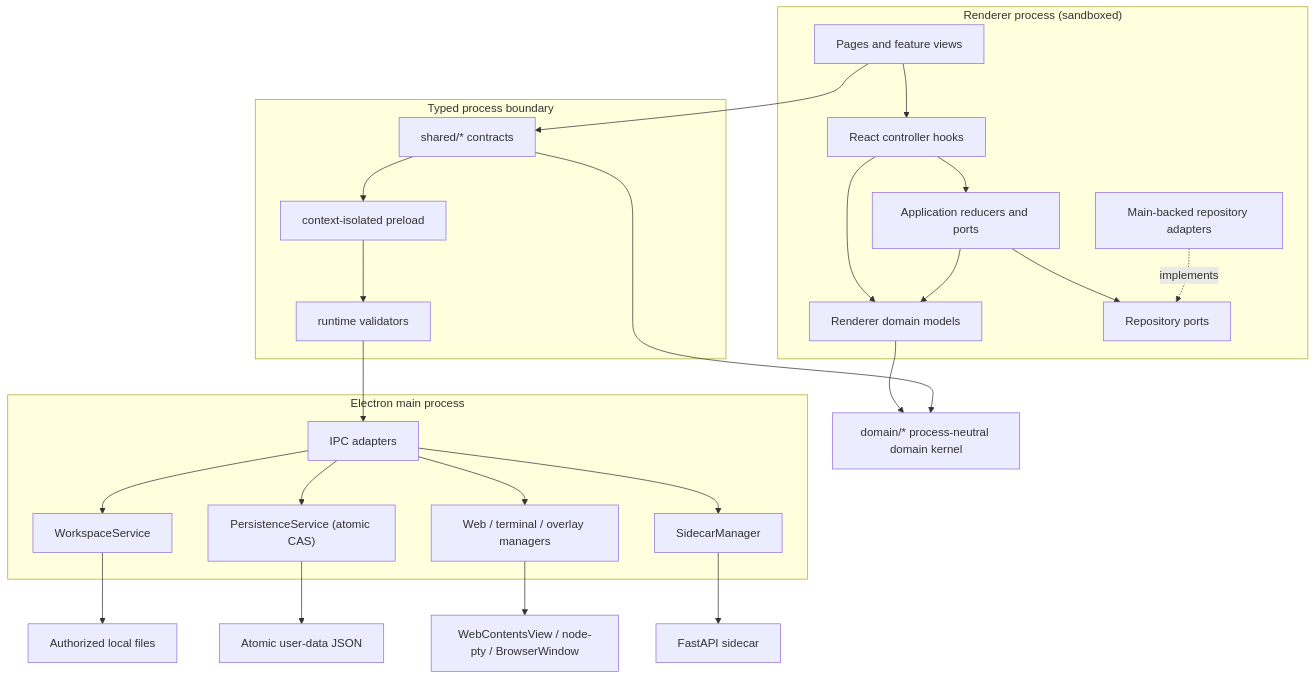
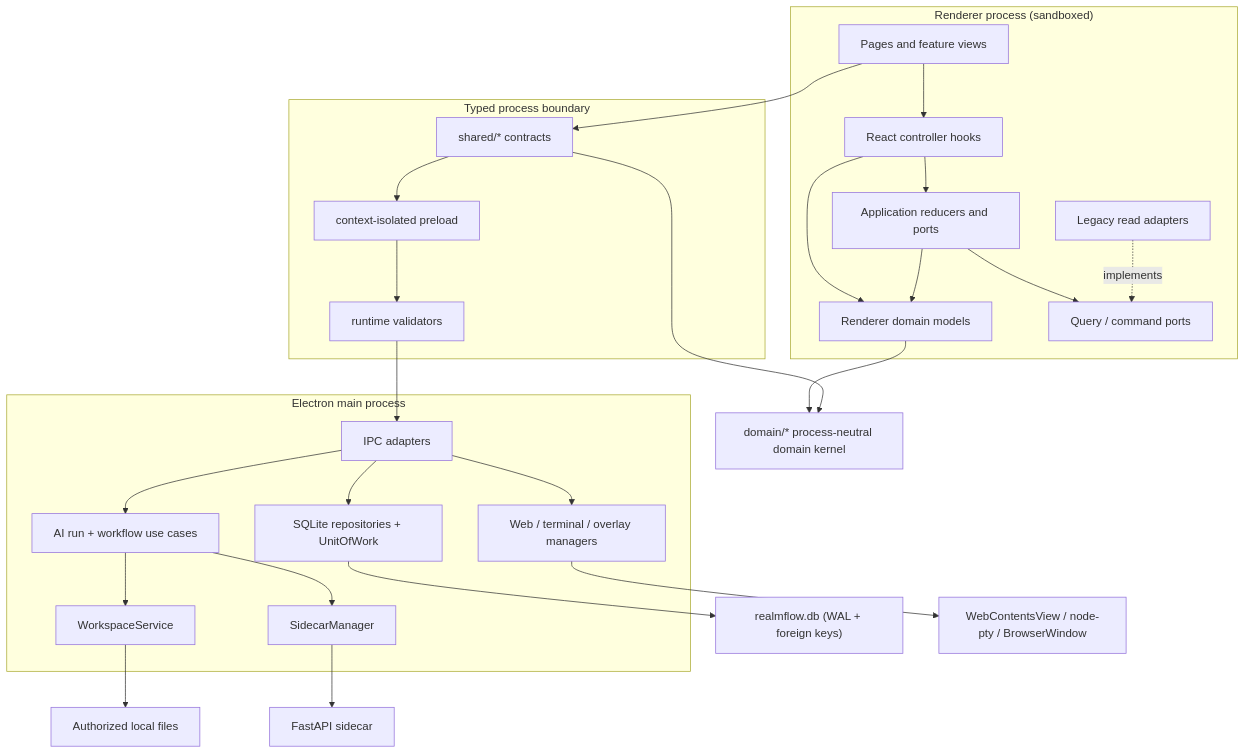
The diagram in docs/architecture.md (Qbian61/realmflow), drawn with Mermaid before and after one commit. The commit also changed other lines of this file and 167 other files, not shown here.

````diff
--- a/docs/architecture.md
+++ b/docs/architecture.md
@@ -5,48 +5,50 @@
 ```mermaid
 flowchart TB
   Kernel["domain/* process-neutral domain kernel"]
 
   subgraph Renderer["Renderer process (sandboxed)"]
     View["Pages and feature views"]
     Hooks["React controller hooks"]
     App["Application reducers and ports"]
     Domain["Renderer domain models"]
-    Ports["Repository ports"]
-    Storage["Main-backed repository adapters"]
+    Ports["Query / command ports"]
+    Storage["Legacy read adapters"]
     View --> Hooks
     Hooks --> App
     Hooks --> Domain
     App --> Domain
     App --> Ports
     Storage -. implements .-> Ports
   end
 
   subgraph Bridge["Typed process boundary"]
     Contracts["shared/* contracts"]
     Preload["context-isolated preload"]
     Validators["runtime validators"]
     Contracts --> Preload
     Preload --> Validators
   end
 
   subgraph Main["Electron main process"]
     IPC["IPC adapters"]
-    Persistence["PersistenceService (atomic CAS)"]
+    AiRuns["AI run + workflow use cases"]
+    Persistence["SQLite repositories + UnitOfWork"]
     Workspace["WorkspaceService"]
     Workbench["Web / terminal / overlay managers"]
     SidecarManager["SidecarManager"]
-    IPC --> Workspace
+    IPC --> AiRuns
+    AiRuns --> Workspace
+    AiRuns --> SidecarManager
     IPC --> Persistence
     IPC --> Workbench
-    IPC --> SidecarManager
   end
 
   Domain --> Kernel
   Contracts --> Kernel
   View --> Contracts
   Validators --> IPC
-  Persistence --> UserData["Atomic user-data JSON"]
+  Persistence --> SQLite["realmflow.db (WAL + foreign keys)"]
   Workspace --> FS["Authorized local files"]
   Workbench --> Native["WebContentsView / node-pty / BrowserWindow"]
   SidecarManager --> Sidecar["FastAPI sidecar"]
 ```
````
